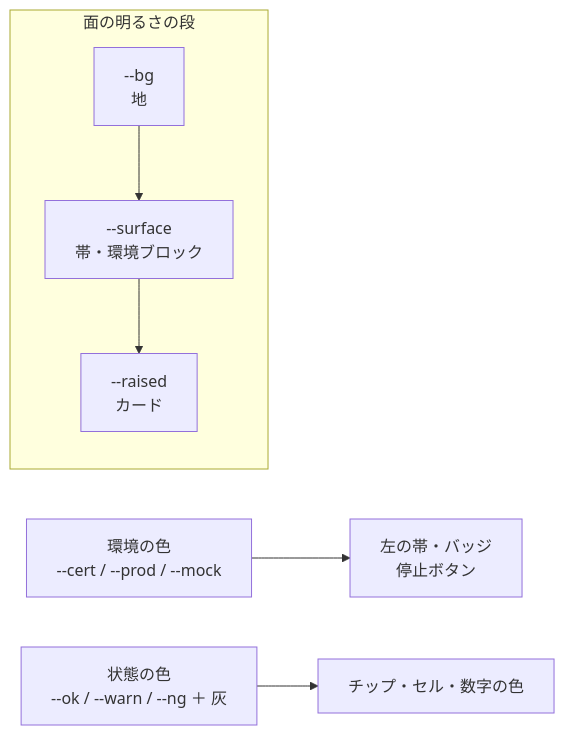
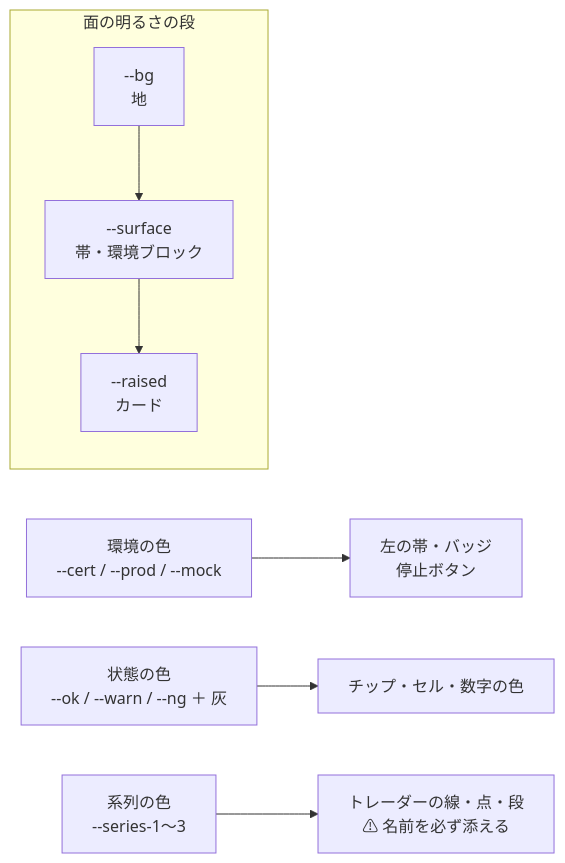
The tenth of 10 diagrams in docs/specs/dashboard.md (akiraak/ai-income-lab), drawn with Mermaid before and after one commit. The commit also changed other lines of this file and 148 other files, not shown here.

````diff
--- a/docs/specs/dashboard.md
+++ b/docs/specs/dashboard.md
@@ -568,8 +584,9 @@
 ```mermaid
 flowchart LR
   subgraph layers["面の明るさの段"]
     BG["--bg<br/>地"] --> SF["--surface<br/>帯・環境ブロック"] --> RS["--raised<br/>カード"]
   end
   ENV["環境の色<br/>--cert / --prod / --mock"] --> E1["左の帯・バッジ<br/>停止ボタン"]
   ST["状態の色<br/>--ok / --warn / --ng ＋ 灰"] --> S1["チップ・セル・数字の色"]
+  SR["系列の色<br/>--series-1〜3"] --> R1["トレーダーの線・点・段<br/>⚠ 名前を必ず添える"]
 ```
````
